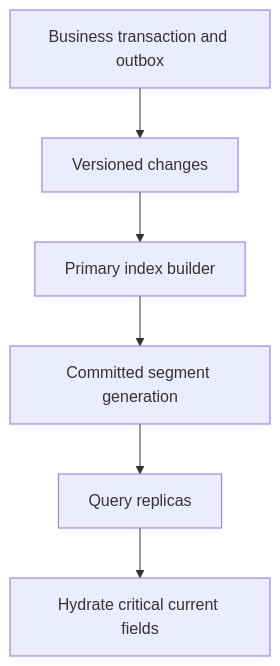
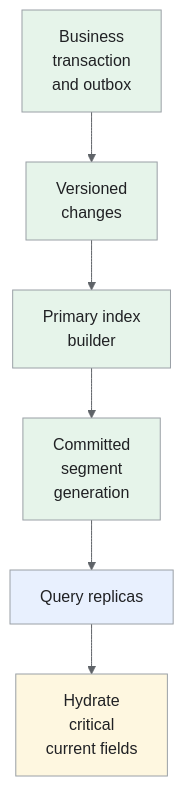
Before and after one commit to iliazlobin/iliazlobin.github.io: the fourth of 5 diagrams in _designs/yelp.md, drawn with Mermaid. The commit also changed other lines of this file and 131 other files, not shown here.

````diff
--- a/_designs/yelp.md
+++ b/_designs/yelp.md
@@ -198,8 +292,16 @@
 ```mermaid
+%%{init: {"theme":"base","themeVariables":{"primaryColor":"#e8f0fe","primaryBorderColor":"#9aa0a6","primaryTextColor":"#202124","secondaryColor":"#e6f4ea","tertiaryColor":"#fef7e0","lineColor":"#5f6368","actorBkg":"#e8f0fe","actorBorder":"#9aa0a6","actorTextColor":"#202124","noteBkgColor":"#fef7e0","noteBorderColor":"#9aa0a6","noteTextColor":"#202124","signalColor":"#5f6368","signalTextColor":"#202124"}}}%%
 flowchart TB
-  D["Business transaction and outbox"] --> E["Versioned changes"]
-  E --> I["Primary index builder"]
-  I --> G["Committed segment generation"]
+  D["Business<br>transaction<br>and outbox"] --> E["Versioned<br>changes"]
+  E --> I["Primary index<br>builder"]
+  I --> G["Committed<br>segment<br>generation"]
   G --> R["Query replicas"]
-  R --> H["Hydrate critical current fields"]
+  R --> H["Hydrate<br>critical<br>current fields"]
+classDef request fill:#e8f0fe,stroke:#9aa0a6,color:#202124;
+classDef data fill:#e6f4ea,stroke:#9aa0a6,color:#202124;
+classDef control fill:#fef7e0,stroke:#9aa0a6,color:#202124;
+class R request;
+class D,E,I,G data;
+class H control;
+
 ```
````
